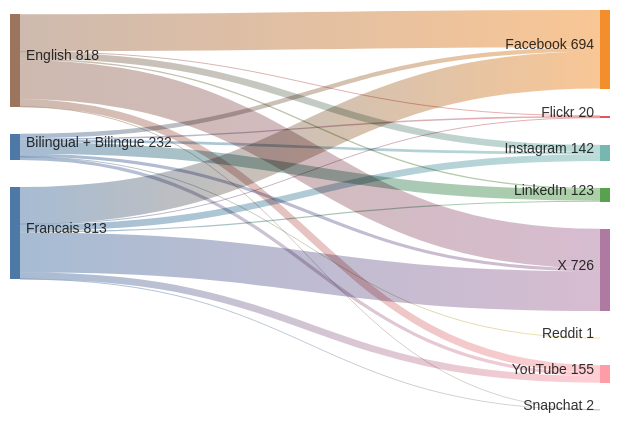
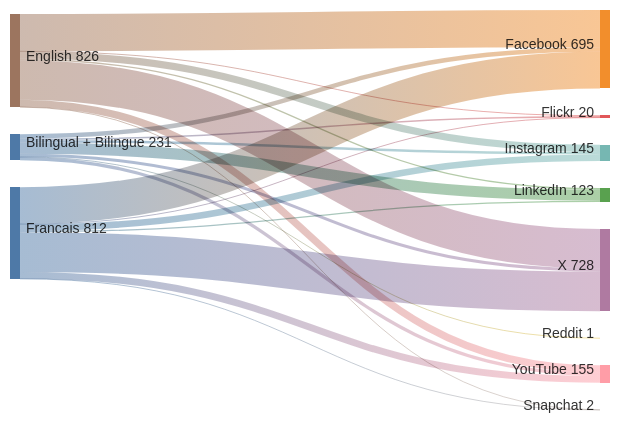
Before and after one commit to PatLittle/GC-Socials: the diagram in sankey_diagram.md, drawn with Mermaid.

Commit message:
Update Sankey diagram for the most recent day

````diff
--- a/sankey_diagram.md
+++ b/sankey_diagram.md
@@ -1,24 +1,24 @@
 ```mermaid
 sankey-beta
   Bilingual + Bilingue,Facebook,39
   Bilingual + Bilingue,Flickr,13
-  Bilingual + Bilingue,Instagram,23
+  Bilingual + Bilingue,Instagram,22
   Bilingual + Bilingue,LinkedIn,100
   Bilingual + Bilingue,Reddit,1
   Bilingual + Bilingue,X,27
   Bilingual + Bilingue,YouTube,29
-  English,Facebook,328
+  English,Facebook,330
   English,Flickr,4
-  English,Instagram,60
+  English,Instagram,64
   English,LinkedIn,12
   English,Snapchat,1
-  English,X,348
+  English,X,350
   English,YouTube,65
-  Francais,Facebook,327
+  Francais,Facebook,326
   Francais,Flickr,3
   Francais,Instagram,59
   Francais,LinkedIn,11
   Francais,Snapchat,1
   Francais,X,351
   Francais,YouTube,61
 ```
````
